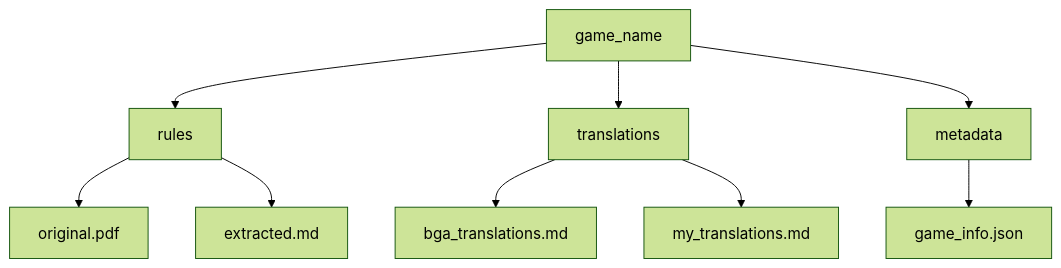
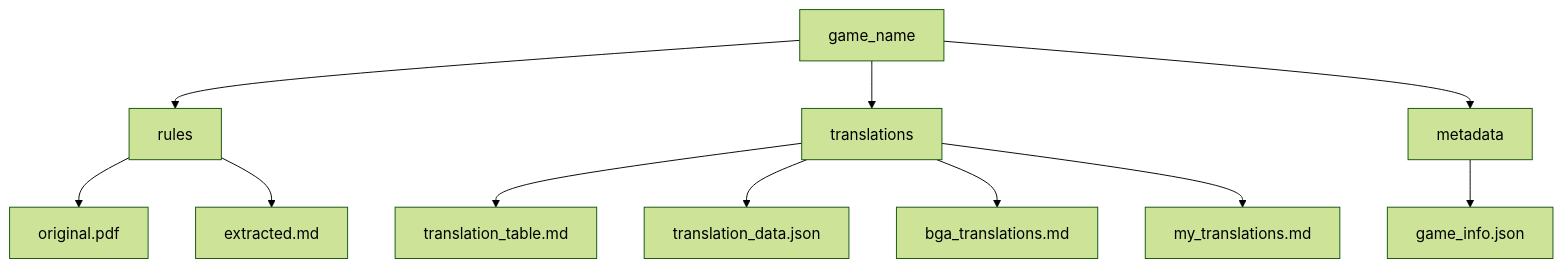
One commit to PascalDai/BGA-Translation-Helper changed the first of 2 diagrams in Doc/workflow.md. Above: the diagram before and after it, drawn with Mermaid (forest theme). The commit also changed other lines of this file and 11 other files, not shown here.

````diff
--- a/Doc/workflow.md
+++ b/Doc/workflow.md
@@ -13,14 +13,16 @@
 ```mermaid
 graph TD
     A[game_name] --> B[rules]
     A --> C[translations]
     A --> D[metadata]
 
     B --> B1[original.pdf]
     B --> B2[extracted.md]
 
-    C --> C1[bga_translations.md]
-    C --> C2[my_translations.md]
+    C --> C1[translation_table.md]
+    C --> C2[translation_data.json]
+    C --> C3[bga_translations.md]
+    C --> C4[my_translations.md]
 
     D --> D1[game_info.json]
 ```
````
